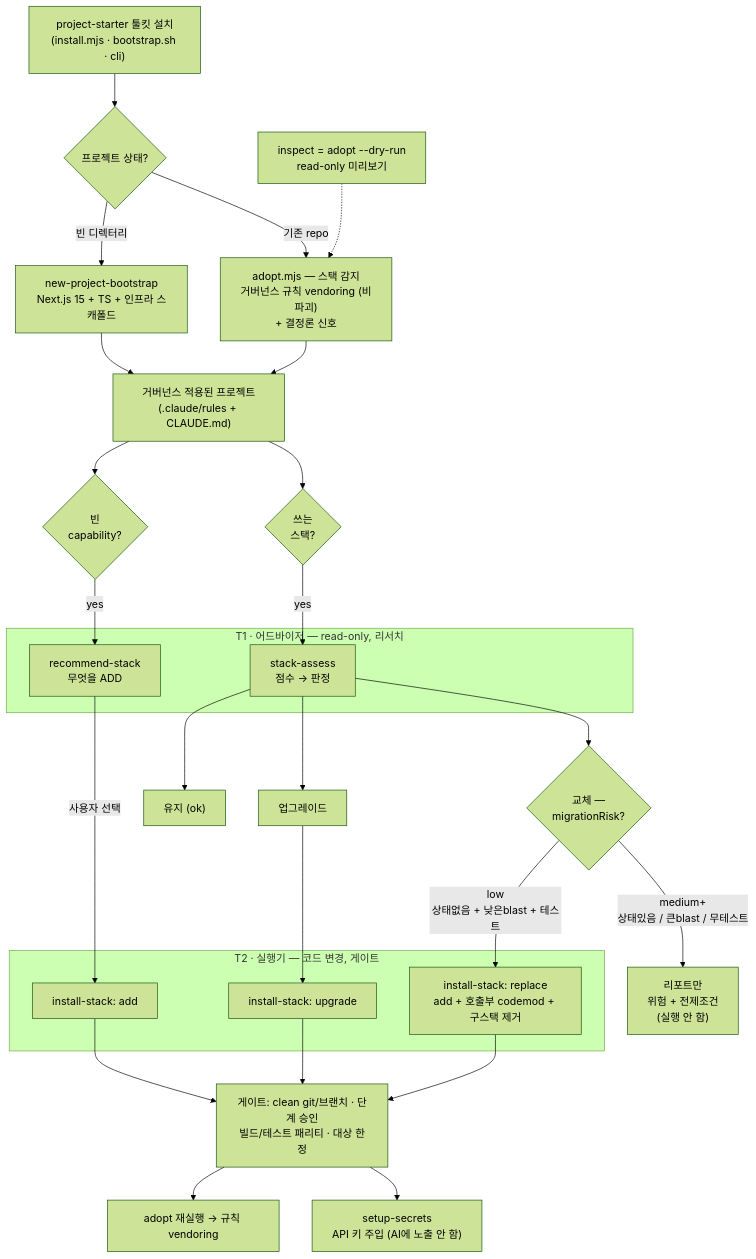
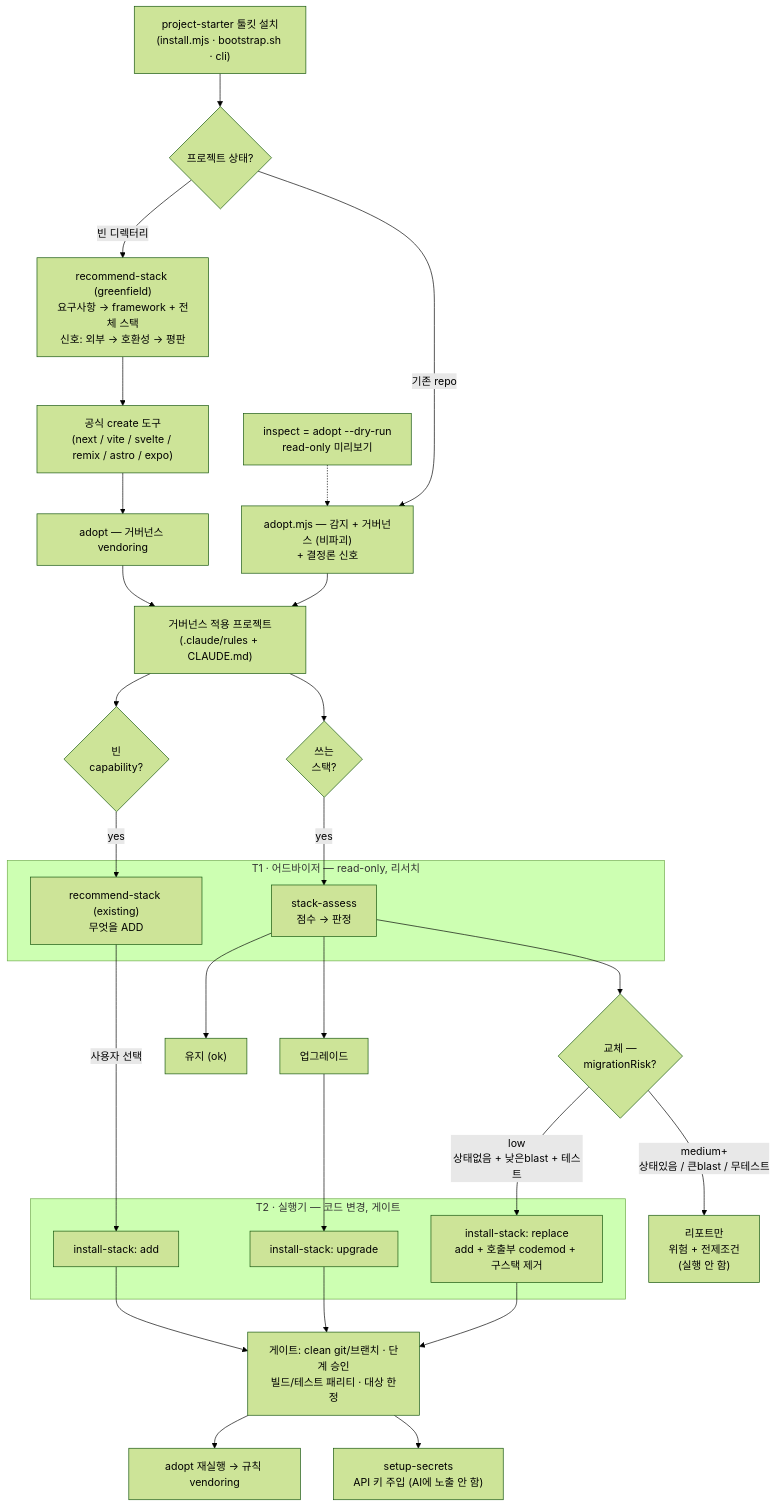
One commit to kimyeonsik/project-starter changed the diagram in README.ko.md. Above: the diagram before and after it, drawn with Mermaid (forest theme). The commit also changed other lines of this file, not shown here.

Commit message:
docs(readme.ko): reflect requirement-driven framework-pluggable new-project flow

````diff
--- a/README.ko.md
+++ b/README.ko.md
@@ -43,39 +43,43 @@
 ```mermaid
 flowchart TD
     install["project-starter 툴킷 설치<br/>(install.mjs · bootstrap.sh · cli)"] --> start{"프로젝트 상태?"}
-    start -->|빈 디렉터리| boot["new-project-bootstrap<br/>Next.js 15 + TS + 인프라 스캐폴드"]
-    start -->|기존 repo| adopt["adopt.mjs — 스택 감지<br/>거버넌스 규칙 vendoring (비파괴)<br/>+ 결정론 신호"]
+
+    start -->|빈 디렉터리| grec["recommend-stack (greenfield)<br/>요구사항 → framework + 전체 스택<br/>신호: 외부 → 호환성 → 평판"]
+    grec --> scaffold["공식 create 도구<br/>(next / vite / svelte / remix / astro / expo)"]
+    scaffold --> govNew["adopt — 거버넌스 vendoring"]
+
+    start -->|기존 repo| adopt["adopt.mjs — 감지 + 거버넌스 (비파괴)<br/>+ 결정론 신호"]
     inspect["inspect = adopt --dry-run<br/>read-only 미리보기"] -.-> adopt
 
-    boot --> governed["거버넌스 적용된 프로젝트<br/>(.claude/rules + CLAUDE.md)"]
+    govNew --> governed["거버넌스 적용 프로젝트<br/>(.claude/rules + CLAUDE.md)"]
     adopt --> governed
 
     governed --> empty{"빈<br/>capability?"}
     governed --> inuse{"쓰는<br/>스택?"}
 
     subgraph t1["T1 · 어드바이저 — read-only, 리서치"]
-        rec["recommend-stack<br/>무엇을 ADD"]
+        rec["recommend-stack (existing)<br/>무엇을 ADD"]
         assess["stack-assess<br/>점수 → 판정"]
     end
     empty -->|yes| rec
     inuse -->|yes| assess
 
     assess --> keep["유지 (ok)"]
     assess --> upgrade["업그레이드"]
     assess --> repl{"교체 —<br/>migrationRisk?"}
     repl -->|"low<br/>상태없음 + 낮은blast + 테스트"| m_replace
     repl -->|"medium+<br/>상태있음 / 큰blast / 무테스트"| report["리포트만<br/>위험 + 전제조건<br/>(실행 안 함)"]
     rec -->|사용자 선택| m_add
     upgrade --> m_upgrade
 
     subgraph t2["T2 · 실행기 — 코드 변경, 게이트"]
         m_add["install-stack: add"]
         m_upgrade["install-stack: upgrade"]
         m_replace["install-stack: replace<br/>add + 호출부 codemod + 구스택 제거"]
     end
     m_add --> gates
     m_upgrade --> gates
     m_replace --> gates
     gates["게이트: clean git/브랜치 · 단계 승인<br/>빌드/테스트 패리티 · 대상 한정"] --> vendor["adopt 재실행 → 규칙 vendoring"]
     gates --> secrets["setup-secrets<br/>API 키 주입 (AI에 노출 안 함)"]
 ```
````
